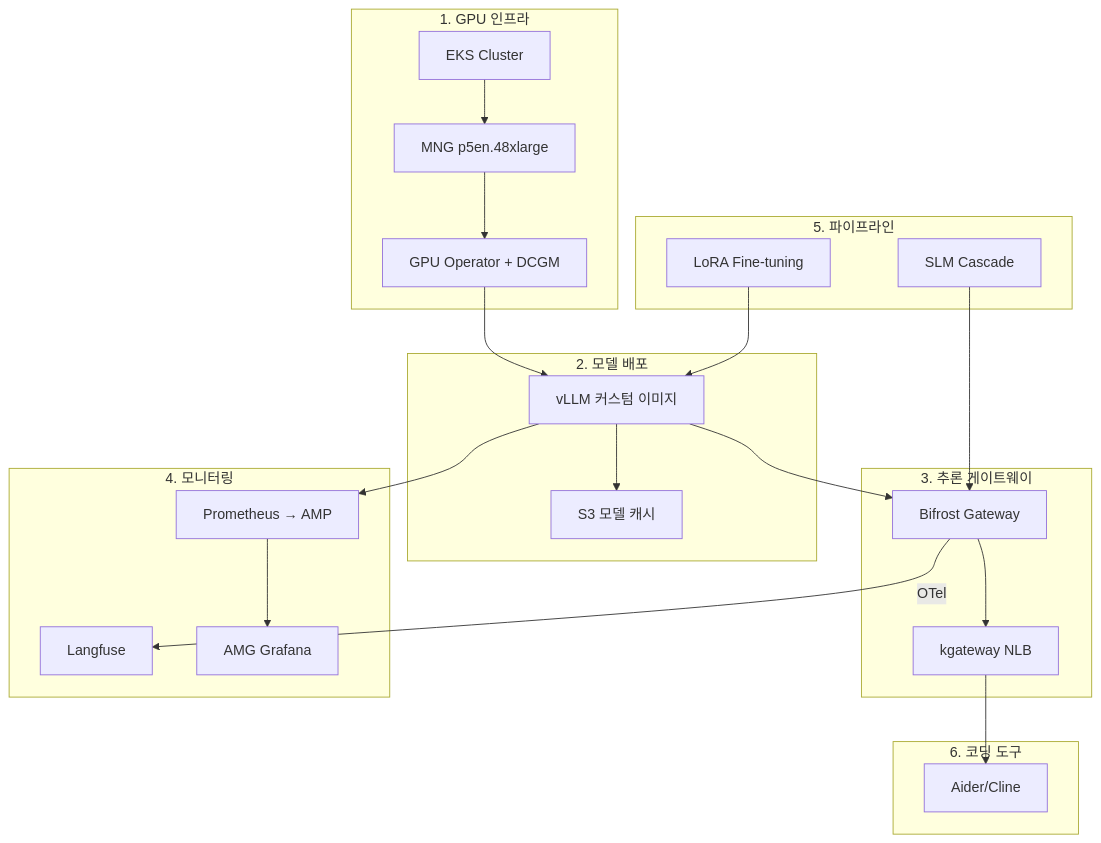
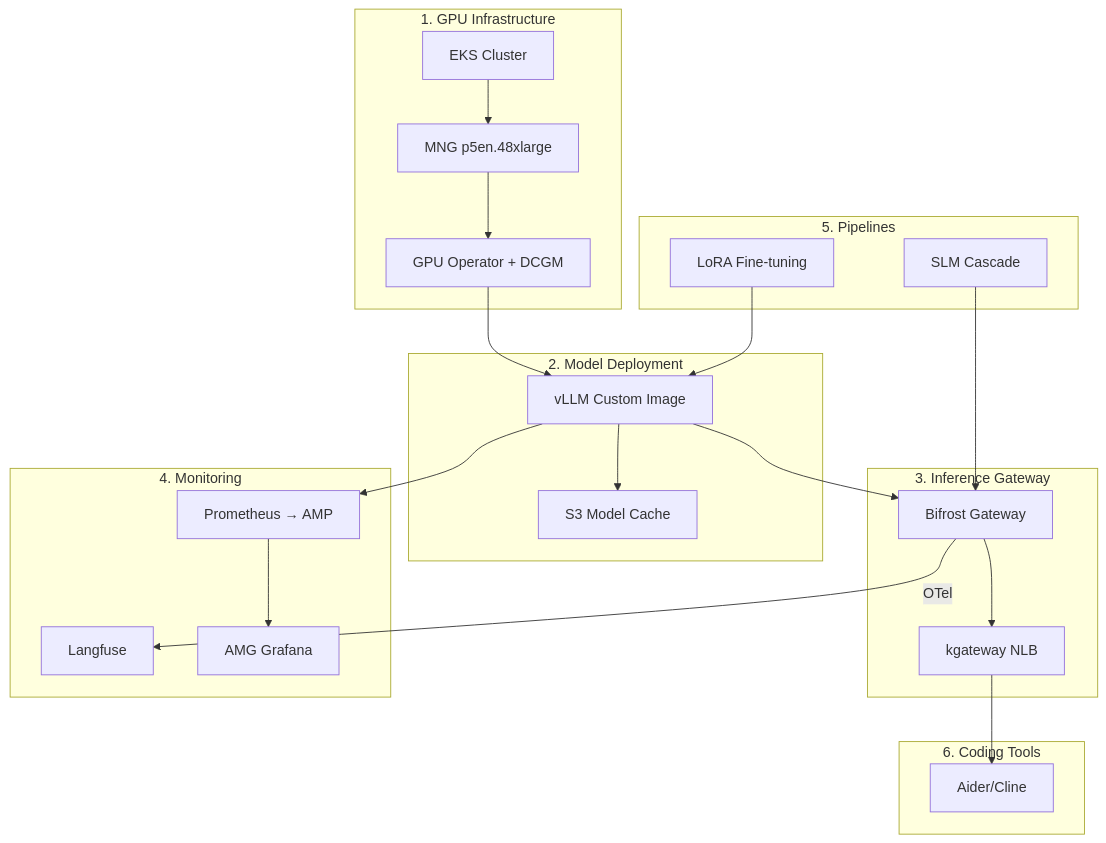
One commit to devfloor9/engineering-playbook changed the first of 2 diagrams in docs/agentic-ai-platform/reference-architecture/index.md. Above: the diagram before and after it, drawn with Mermaid. The commit also changed other lines of this file and 954 other files, not shown here.

````diff
--- a/docs/agentic-ai-platform/reference-architecture/index.md
+++ b/docs/agentic-ai-platform/reference-architecture/index.md
@@ -92,27 +92,27 @@
 ```mermaid
 graph TB
-    subgraph "1. GPU 인프라"
+    subgraph "1. GPU Infrastructure"
         EKS[EKS Cluster] --> MNG[MNG p5en.48xlarge]
         MNG --> GPU[GPU Operator + DCGM]
     end
-    subgraph "2. 모델 배포"
-        GPU --> VLLM[vLLM 커스텀 이미지]
-        VLLM --> S3[S3 모델 캐시]
+    subgraph "2. Model Deployment"
+        GPU --> VLLM[vLLM Custom Image]
+        VLLM --> S3[S3 Model Cache]
     end
-    subgraph "3. 추론 게이트웨이"
+    subgraph "3. Inference Gateway"
         VLLM --> BF[Bifrost Gateway]
         BF --> KGW[kgateway NLB]
     end
-    subgraph "4. 모니터링"
+    subgraph "4. Monitoring"
         VLLM --> PROM[Prometheus → AMP]
         BF -->|OTel| LF[Langfuse]
         PROM --> AMG[AMG Grafana]
     end
-    subgraph "5. 파이프라인"
+    subgraph "5. Pipelines"
         LORA[LoRA Fine-tuning] --> VLLM
         SLM[SLM Cascade] --> BF
     end
-    subgraph "6. 코딩 도구"
+    subgraph "6. Coding Tools"
         KGW --> AIDER[Aider/Cline]
     end
 ```
````
